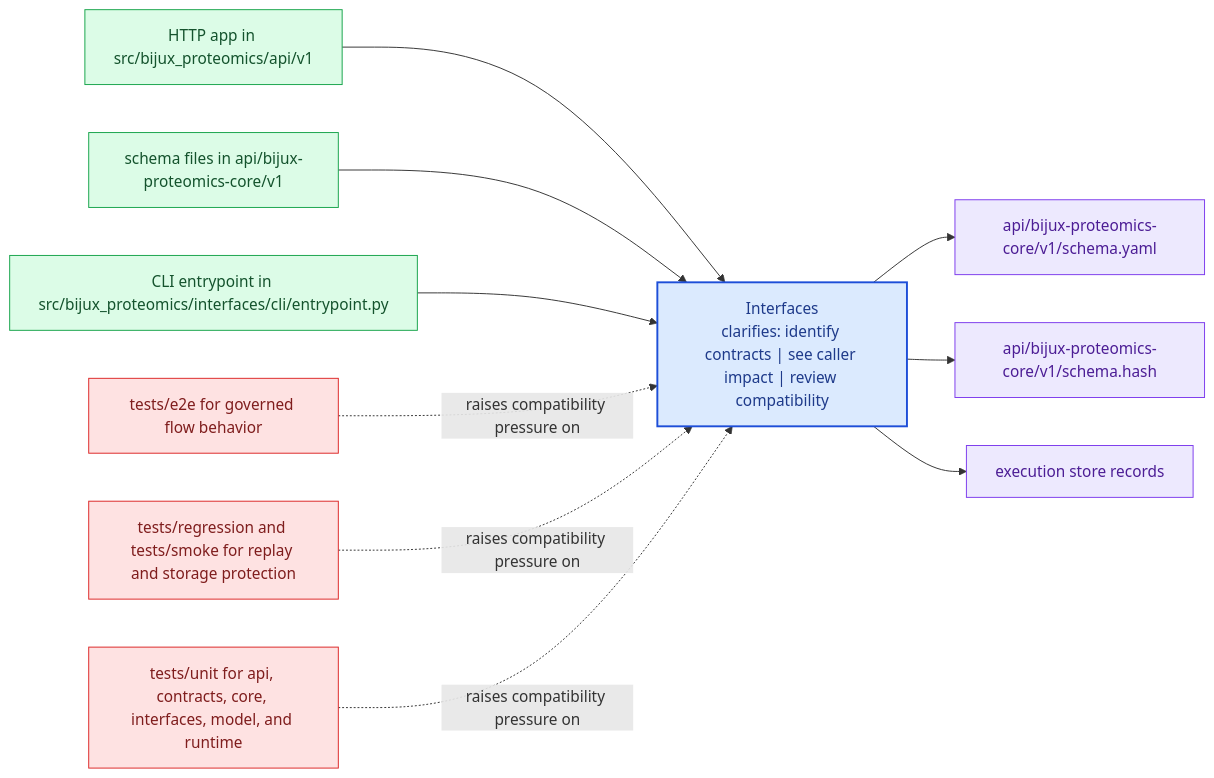
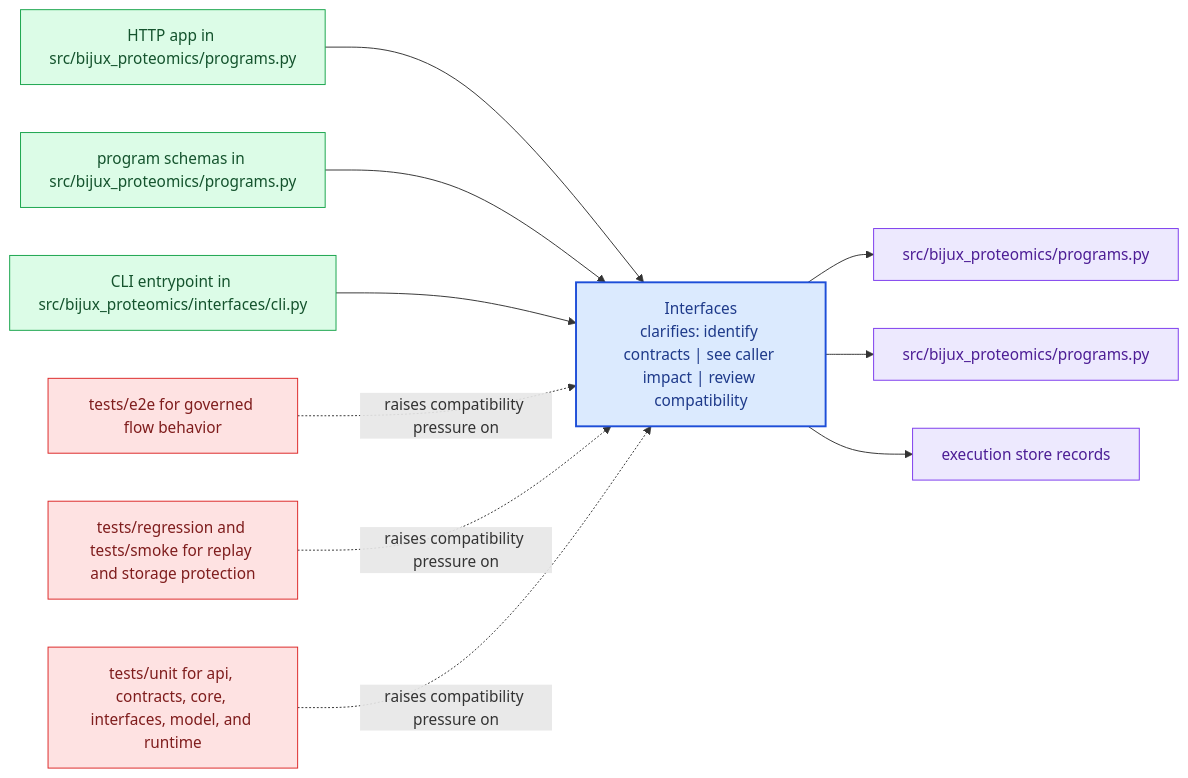
The diagram in docs/bijux-proteomics-core/interfaces/index.md (bijux/bijux-proteomics), drawn with Mermaid before and after one commit. The commit also changed other lines of this file and 24 other files, not shown here.

Commit message:
docs(bijux-proteomics-core): realign handbook around program contracts and lifecycle models

````diff
--- a/docs/bijux-proteomics-core/interfaces/index.md
+++ b/docs/bijux-proteomics-core/interfaces/index.md
@@ -20,31 +20,31 @@
 ```mermaid
 flowchart LR
     page["Interfaces<br/>clarifies: identify contracts | see caller impact | review compatibility"]
     classDef page fill:#dbeafe,stroke:#1d4ed8,color:#1e3a8a,stroke-width:2px;
     classDef positive fill:#dcfce7,stroke:#16a34a,color:#14532d;
     classDef caution fill:#fee2e2,stroke:#dc2626,color:#7f1d1d;
     classDef anchor fill:#ede9fe,stroke:#7c3aed,color:#4c1d95;
     classDef action fill:#fef3c7,stroke:#d97706,color:#7c2d12;
-    surface1["HTTP app in src/bijux_proteomics/api/v1"]
+    surface1["HTTP app in src/bijux_proteomics/programs.py"]
     surface1 --> page
-    surface2["schema files in api/bijux-proteomics-core/v1"]
+    surface2["program schemas in src/bijux_proteomics/programs.py"]
     surface2 --> page
-    surface3["CLI entrypoint in src/bijux_proteomics/interfaces/cli/entrypoint.py"]
+    surface3["CLI entrypoint in src/bijux_proteomics/interfaces/cli.py"]
     surface3 --> page
-    proof1["api/bijux-proteomics-core/v1/schema.yaml"]
+    proof1["src/bijux_proteomics/programs.py"]
     page --> proof1
-    proof2["api/bijux-proteomics-core/v1/schema.hash"]
+    proof2["src/bijux_proteomics/programs.py"]
     page --> proof2
     proof3["execution store records"]
     page --> proof3
     review1["tests/e2e for governed flow behavior"]
     review1 -.raises compatibility pressure on.-> page
     review2["tests/regression and tests/smoke for replay and storage protection"]
     review2 -.raises compatibility pressure on.-> page
     review3["tests/unit for api, contracts, core, interfaces, model, and runtime"]
     review3 -.raises compatibility pressure on.-> page
     class page page;
     class surface1,surface2,surface3 positive;
     class proof1,proof2,proof3 anchor;
     class review1,review2,review3 caution;
 ```
````
